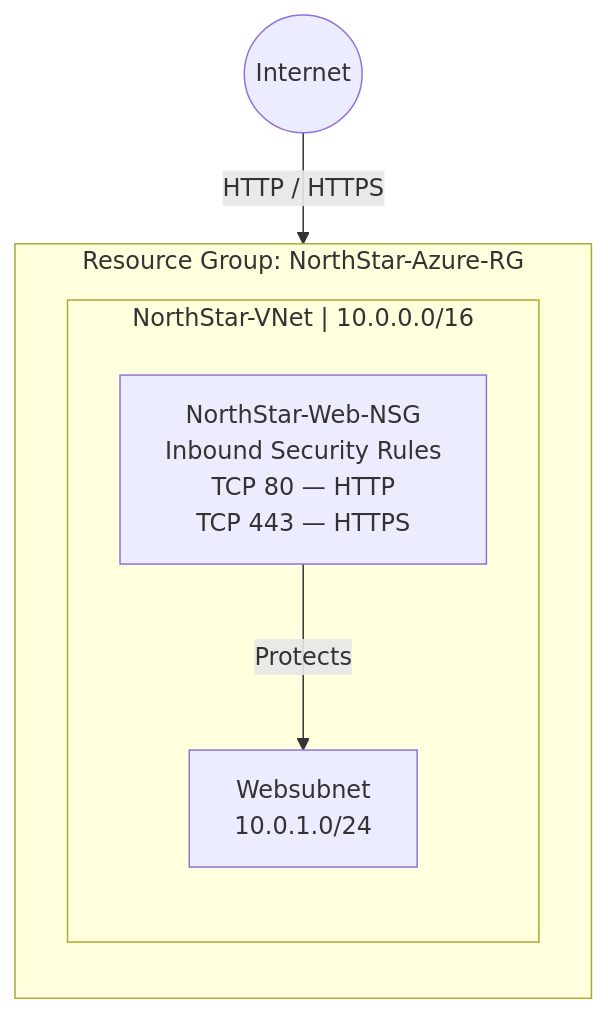
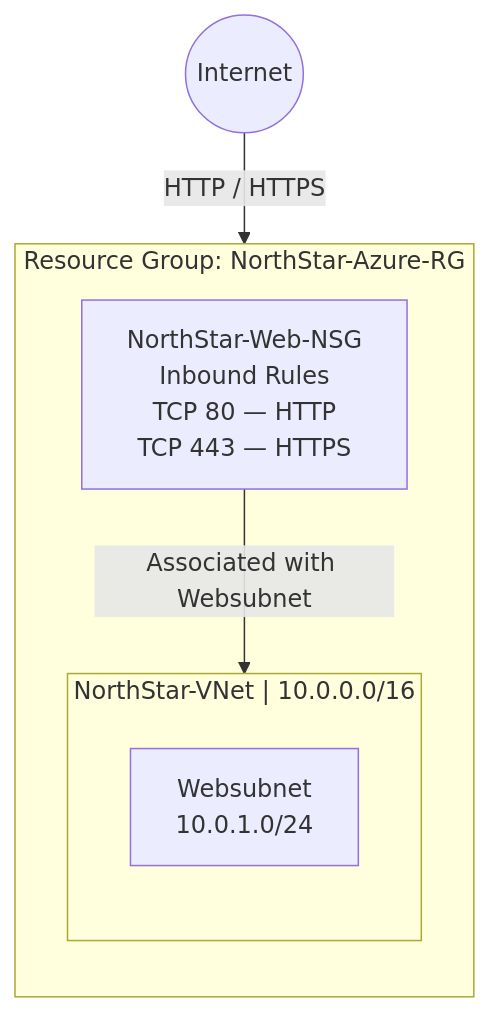
The diagram in docs/architecture.md (gdiangana-alt/northstar-azure-lab), drawn with Mermaid before and after one commit.

Commit message:
Revise NSG description and association in architecture
Updated the NorthStar-Web-NSG description and its association with the Websubnet.

````diff
--- a/docs/architecture.md
+++ b/docs/architecture.md
@@ -1,20 +1,20 @@
 ```mermaid
 flowchart TB
     INTERNET(("Internet"))
 
     subgraph RG["Resource Group: NorthStar-Azure-RG"]
         direction TB
 
+        NSG["NorthStar-Web-NSG<br/>Inbound Rules<br/>TCP 80 — HTTP<br/>TCP 443 — HTTPS"]
+
         subgraph VNET["NorthStar-VNet | 10.0.0.0/16"]
             direction TB
 
-            NSG["NorthStar-Web-NSG<br/>Inbound Security Rules<br/>TCP 80 — HTTP<br/>TCP 443 — HTTPS"]
+            SUBNET["Websubnet<br/>10.0.1.0/24"]
+        end
 
-            SUBNET["Websubnet<br/>10.0.1.0/24"]
-
-            NSG -->|Protects| SUBNET
-        end
+        NSG -->|"Associated with Websubnet"| SUBNET
     end
 
     INTERNET -->|"HTTP / HTTPS"| NSG
 ```
````
